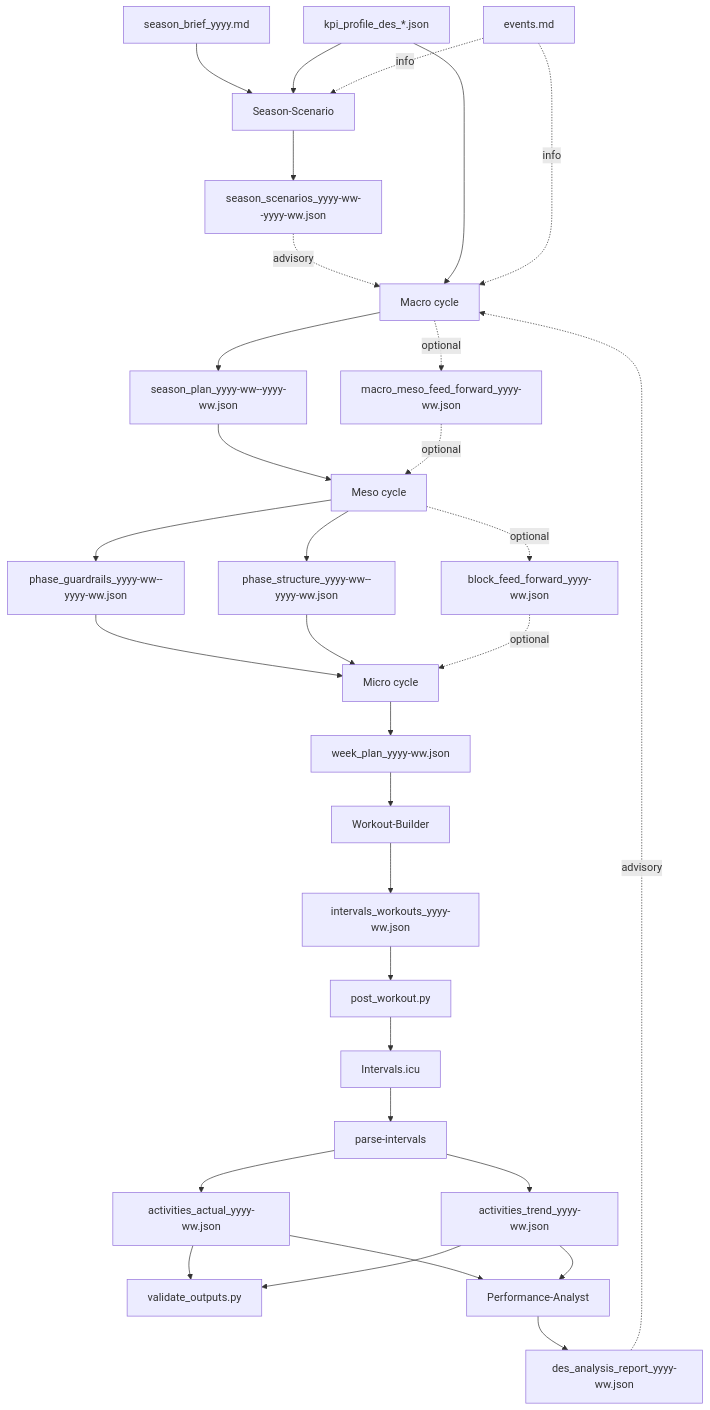
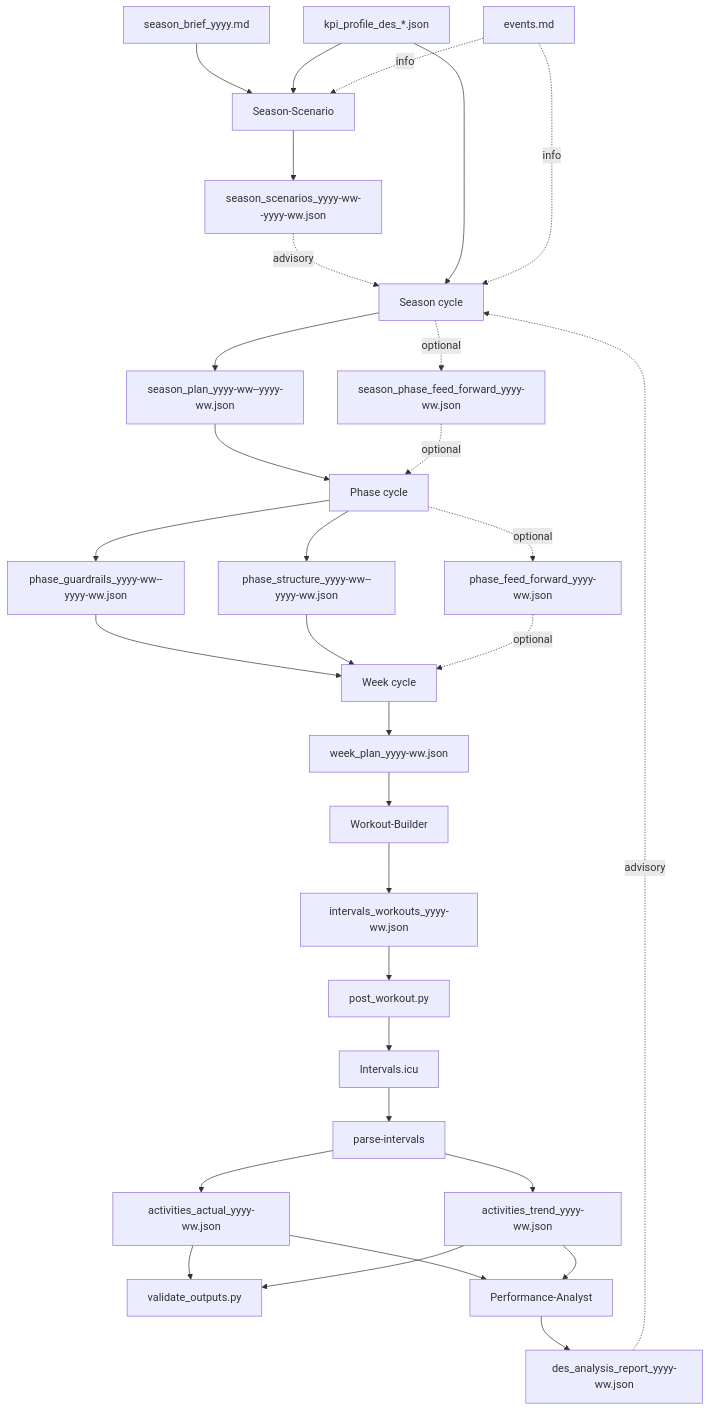
One commit to albauer-priv/RPS changed the diagram in doc/how_to_plan.md. Above: the diagram before and after it, drawn with Mermaid. The commit also changed other lines of this file and 148 other files, not shown here.

Commit message:
Finalize season/phase/week renames

````diff
--- a/doc/how_to_plan.md
+++ b/doc/how_to_plan.md
@@ -173,40 +173,40 @@
 ```mermaid
 flowchart TD
   SB[season_brief_yyyy.md] --> SS[Season-Scenario]
   KP[kpi_profile_des_*.json] --> SS
   SS --> SC[season_scenarios_yyyy-ww--yyyy-ww.json]
-  SC -. advisory .-> MA[Macro cycle]
+  SC -. advisory .-> MA[Season cycle]
   KP --> MA
   EV[events.md] -. info .-> SS
   EV -. info .-> MA
 
   MA --> MO[season_plan_yyyy-ww--yyyy-ww.json]
-  MA -. optional .-> MMFF[macro_meso_feed_forward_yyyy-ww.json]
+  MA -. optional .-> SPFF[season_phase_feed_forward_yyyy-ww.json]
 
-  MO --> ME[Meso cycle]
-  MMFF -. optional .-> ME
+  MO --> ME[Phase cycle]
+  SPFF -. optional .-> ME
 
   ME --> BG[phase_guardrails_yyyy-ww--yyyy-ww.json]
   ME --> BEA[phase_structure_yyyy-ww--yyyy-ww.json]
-  ME -. optional .-> BFF[block_feed_forward_yyyy-ww.json]
+  ME -. optional .-> BFF[phase_feed_forward_yyyy-ww.json]
 
-  BG --> MI[Micro cycle]
+  BG --> MI[Week cycle]
   BEA --> MI
   BFF -. optional .-> MI
 
   MI --> WP[week_plan_yyyy-ww.json]
   WP --> WB[Workout-Builder]
   WB --> WJ[intervals_workouts_yyyy-ww.json]
   WJ --> POST[post_workout.py] --> IC[Intervals.icu]
 
   IC --> EXP[parse-intervals]
   EXP --> AA[activities_actual_yyyy-ww.json]
   EXP --> AT[activities_trend_yyyy-ww.json]
   AA --> VA[validate_outputs.py]
   AT --> VA
 
   AA --> PA[Performance-Analyst]
   AT --> PA
   PA --> DR[des_analysis_report_yyyy-ww.json]
   DR -. advisory .-> MA
 ```
````
